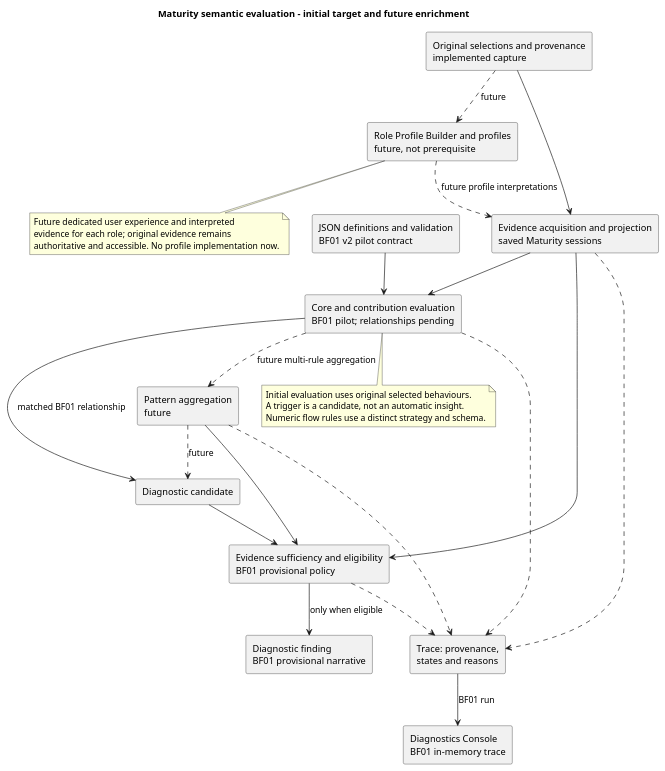
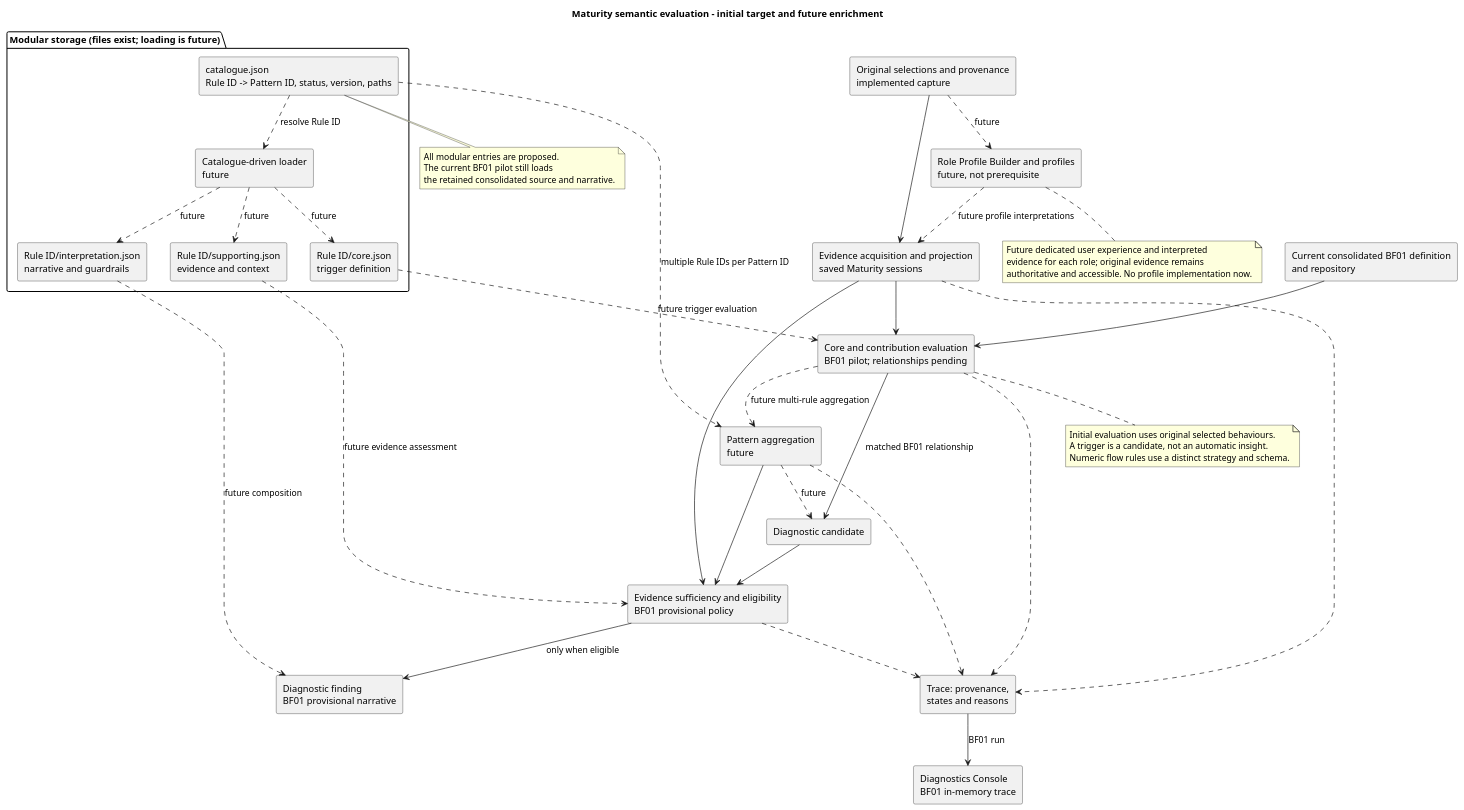
One commit to Dowlingfuau/Empowered-Delivery changed the diagram in OperationalIntelligenceHub/docs/architecture/rule_engine_interaction.puml. Above: the diagram before and after it, drawn with PlantUML. The commit also changed 93 other files, not shown here.

First line of the commit message:
Created the modular catalogue with 28 rule folders, each containing core, supporting and interpretation JSON. EM01 and EM02 retain two rules each.

```diff
--- a/OperationalIntelligenceHub/docs/architecture/rule_engine_interaction.puml
+++ b/OperationalIntelligenceHub/docs/architecture/rule_engine_interaction.puml
@@ -1,41 +1,61 @@
 @startuml
 title Maturity semantic evaluation - initial target and future enrichment
 rectangle "Original selections and provenance\nimplemented capture" as evidence
 rectangle "Evidence acquisition and projection\nsaved Maturity sessions" as projection
 rectangle "Role Profile Builder and profiles\nfuture, not prerequisite" as profiles
-rectangle "JSON definitions and validation\nBF01 v2 pilot contract" as rules
+rectangle "Current consolidated BF01 definition\nand repository" as rules
 rectangle "Core and contribution evaluation\nBF01 pilot; relationships pending" as match
 rectangle "Pattern aggregation\nfuture" as aggregate
 rectangle "Diagnostic candidate" as candidate
 rectangle "Evidence sufficiency and eligibility\nBF01 provisional policy" as support
 rectangle "Diagnostic finding\nBF01 provisional narrative" as finding
 rectangle "Trace: provenance,\nstates and reasons" as trace
 rectangle "Diagnostics Console\nBF01 in-memory trace" as console
+package "Modular storage (files exist; loading is future)" {
+  rectangle "catalogue.json\nRule ID -> Pattern ID, status, version, paths" as catalogue
+  rectangle "Catalogue-driven loader\nfuture" as loader
+  rectangle "Rule ID/core.json\ntrigger definition" as coreFile
+  rectangle "Rule ID/supporting.json\nevidence and context" as supportFile
+  rectangle "Rule ID/interpretation.json\nnarrative and guardrails" as interpretationFile
+}
 evidence --> projection
 evidence ..> profiles : future
 profiles ..> projection : future profile interpretations
 projection --> match
 rules --> match
 match ..> aggregate : future multi-rule aggregation
 aggregate --> support
 projection --> support
 match --> candidate : matched BF01 relationship
 aggregate ..> candidate : future
 candidate --> support
 support --> finding : only when eligible
 projection ..> trace
 match ..> trace
 aggregate ..> trace
 support ..> trace
 trace --> console : BF01 run
+catalogue ..> loader : resolve Rule ID
+loader ..> coreFile : future
+loader ..> supportFile : future
+loader ..> interpretationFile : future
+coreFile ..> match : future trigger evaluation
+supportFile ..> support : future evidence assessment
+interpretationFile ..> finding : future composition
+catalogue ..> aggregate : multiple Rule IDs per Pattern ID
 note bottom of match
   Initial evaluation uses original selected behaviours.
   A trigger is a candidate, not an automatic insight.
   Numeric flow rules use a distinct strategy and schema.
+end note
+note bottom of catalogue
+  All modular entries are proposed.
+  The current BF01 pilot still loads
+  the retained consolidated source and narrative.
 end note
 note bottom of profiles
   Future dedicated user experience and interpreted
   evidence for each role; original evidence remains
   authoritative and accessible. No profile implementation now.
 end note
 @enduml
```
